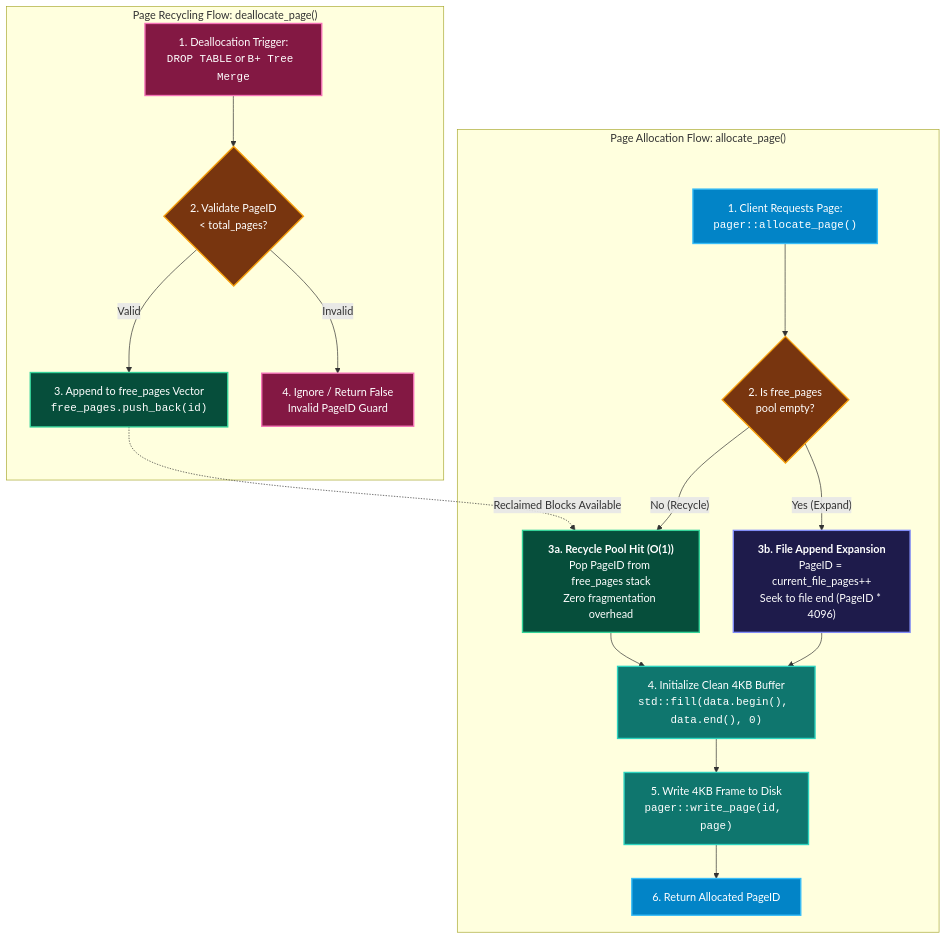
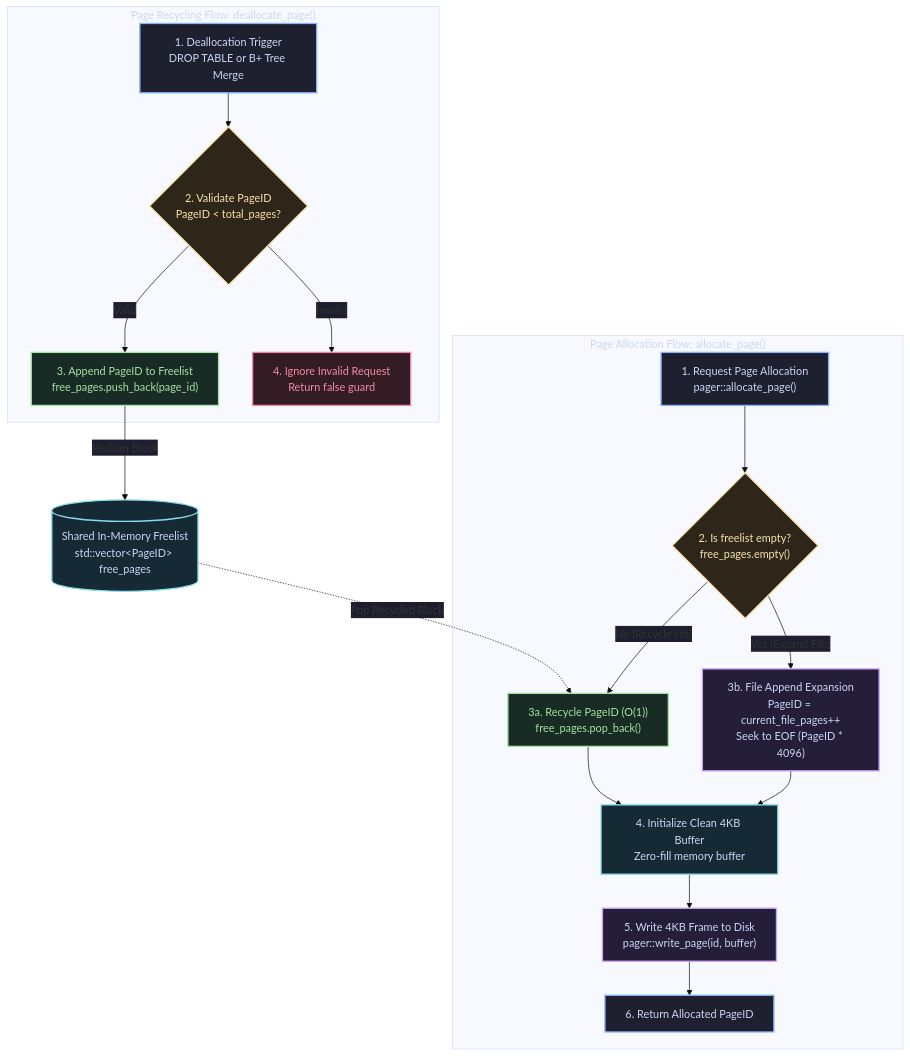
One commit to KAAZamapiloT/QUARTZ_DB changed the second of 2 diagrams in docs/architecture/pager.md. Above: the diagram before and after it, drawn with Mermaid. The commit also changed other lines of this file and 18 other files, not shown here.

````diff
--- a/docs/architecture/pager.md
+++ b/docs/architecture/pager.md
@@ -80,42 +80,46 @@
 ```mermaid
+%%{init: {'theme': 'base', 'themeVariables': {'edgeLabelBackground': '#1e1e2e', 'tertiaryTextColor': '#cdd6f4'}}}%%
 flowchart TD
-    %% Colorful Process Box Styling
-    classDef startNode fill:#0284c7,stroke:#38bdf8,stroke-width:2px,color:#ffffff;
-    classDef decisionNode fill:#78350f,stroke:#f59e0b,stroke-width:2px,color:#ffffff;
-    classDef recyclePath fill:#064e3b,stroke:#34d399,stroke-width:2px,color:#ffffff;
-    classDef expandPath fill:#1e1b4b,stroke:#818cf8,stroke-width:2px,color:#ffffff;
-    classDef zeroNode fill:#0f766e,stroke:#2dd4bf,stroke-width:2px,color:#ffffff;
-    classDef deallocNode fill:#831843,stroke:#f472b6,stroke-width:2px,color:#ffffff;
+    classDef entry fill:#1e2030,stroke:#89b4fa,stroke-width:2px,color:#cdd6f4;
+    classDef guard fill:#2e2619,stroke:#f9e2af,stroke-width:2px,color:#f9e2af;
+    classDef success fill:#182c25,stroke:#a6e3a1,stroke-width:2px,color:#a6e3a1;
+    classDef error fill:#331c24,stroke:#f38ba8,stroke-width:2px,color:#f38ba8;
+    classDef disk fill:#241e38,stroke:#cba6f7,stroke-width:2px,color:#cdd6f4;
+    classDef shared fill:#162a35,stroke:#89dceb,stroke-width:2px,color:#cdd6f4;
+
+    %% Shared State Top-Level Memory Node
+    FreePagesPool[("Shared In-Memory Freelist<br/>std::vector&lt;PageID&gt; free_pages")]:::shared
 
     subgraph AllocEngine ["Page Allocation Flow: allocate_page()"]
-        AllocStart["1. Client Requests Page:<br><code>pager::allocate_page()</code>"]:::startNode
-        CheckFree{"2. Is free_pages<br>pool empty?"}:::decisionNode
+        AllocStart["1. Request Page Allocation<br/>pager::allocate_page()"]:::entry
+        CheckFree{"2. Is freelist empty?<br/>free_pages.empty()"}:::guard
 
-        PopRecycle["<b>3a. Recycle Pool Hit (O(1))</b><br>Pop PageID from free_pages stack<br>Zero fragmentation overhead"]:::recyclePath
-        AppendExpand["<b>3b. File Append Expansion</b><br>PageID = current_file_pages++<br>Seek to file end (PageID * 4096)"]:::expandPath
+        PopRecycle["3a. Recycle PageID (O(1))<br/>free_pages.pop_back()"]:::success
+        AppendExpand["3b. File Append Expansion<br/>PageID = current_file_pages++<br/>Seek to EOF (PageID * 4096)"]:::disk
 
-        ZeroFrame["4. Initialize Clean 4KB Buffer<br><code>std::fill(data.begin(), data.end(), 0)</code>"]:::zeroNode
-        FlushNew["5. Write 4KB Frame to Disk<br><code>pager::write_page(id, page)</code>"]:::zeroNode
-        ReturnID["6. Return Allocated PageID"]:::startNode
+        ZeroFrame["4. Initialize Clean 4KB Buffer<br/>Zero-fill memory buffer"]:::shared
+        FlushNew["5. Write 4KB Frame to Disk<br/>pager::write_page(id, buffer)"]:::disk
+        ReturnID["6. Return Allocated PageID"]:::entry
 
         AllocStart --> CheckFree
-        CheckFree -- "No (Recycle)" --> PopRecycle
-        CheckFree -- "Yes (Expand)" --> AppendExpand
+        CheckFree -- "No (Recycle Hit)" --> PopRecycle
+        CheckFree -- "Yes (Expand File)" --> AppendExpand
         PopRecycle --> ZeroFrame
         AppendExpand --> ZeroFrame
         ZeroFrame --> FlushNew --> ReturnID
     end
 
     subgraph DeallocEngine ["Page Recycling Flow: deallocate_page()"]
-        DeallocStart["1. Deallocation Trigger:<br><code>DROP TABLE</code> or <code>B+ Tree Merge</code>"]:::deallocNode
-        ValidateID{"2. Validate PageID<br>&lt; total_pages?"}:::decisionNode
-        PushFree["3. Append to free_pages Vector<br><code>free_pages.push_back(id)</code>"]:::recyclePath
-        RejectFail["4. Ignore / Return False<br>Invalid PageID Guard"]:::deallocNode
+        DeallocStart["1. Deallocation Trigger<br/>DROP TABLE or B+ Tree Merge"]:::entry
+        ValidateID{"2. Validate PageID<br/>PageID &lt; total_pages?"}:::guard
+        PushFree["3. Append PageID to Freelist<br/>free_pages.push_back(page_id)"]:::success
+        RejectFail["4. Ignore Invalid Request<br/>Return false guard"]:::error
 
         DeallocStart --> ValidateID
         ValidateID -- "Valid" --> PushFree
         ValidateID -- "Invalid" --> RejectFail
     end
 
-    PushFree -.->|Reclaimed Blocks Available| PopRecycle
+    PushFree -->|Reclaim Block| FreePagesPool
+    FreePagesPool -.->|Pop Recycled Block| PopRecycle
 ```
````
